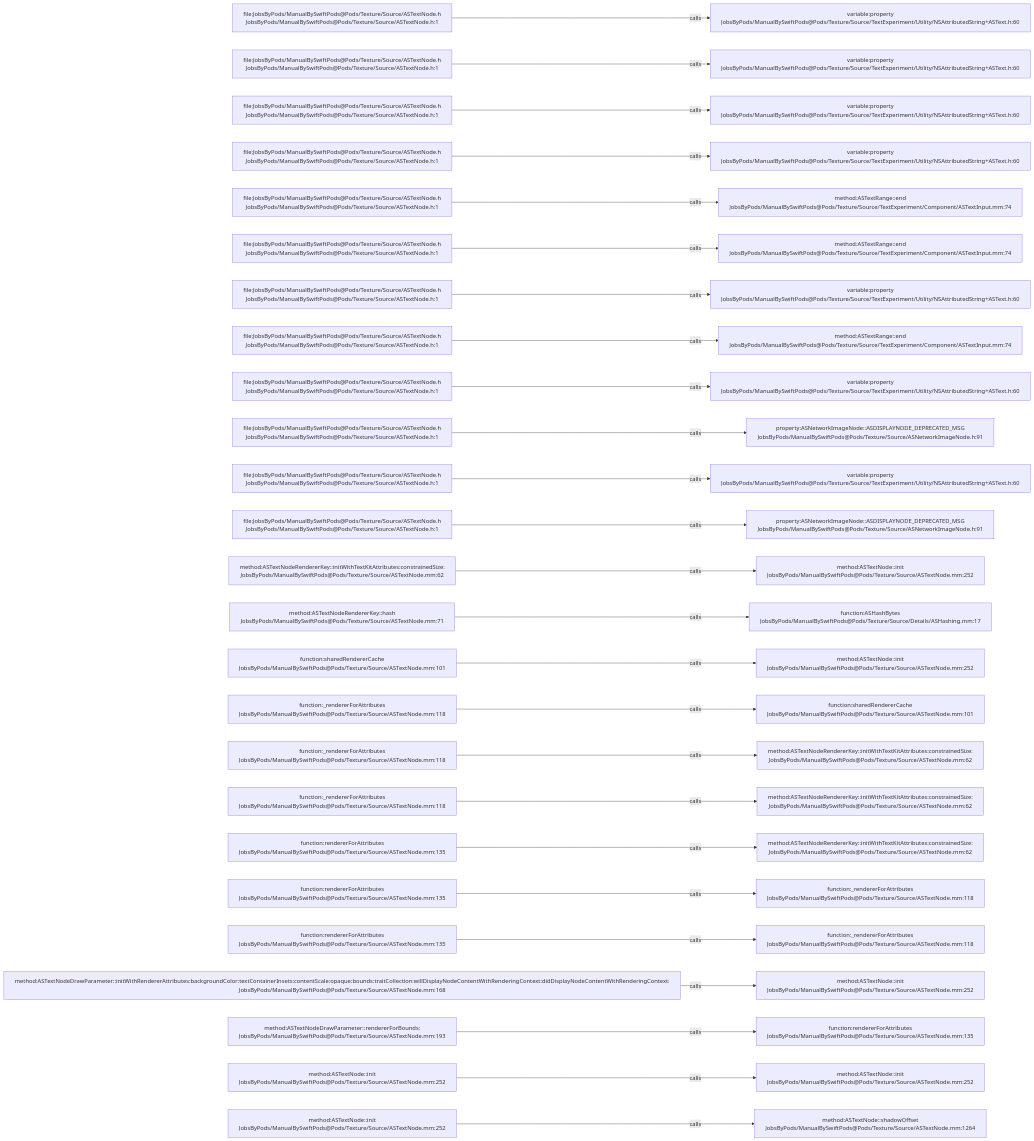
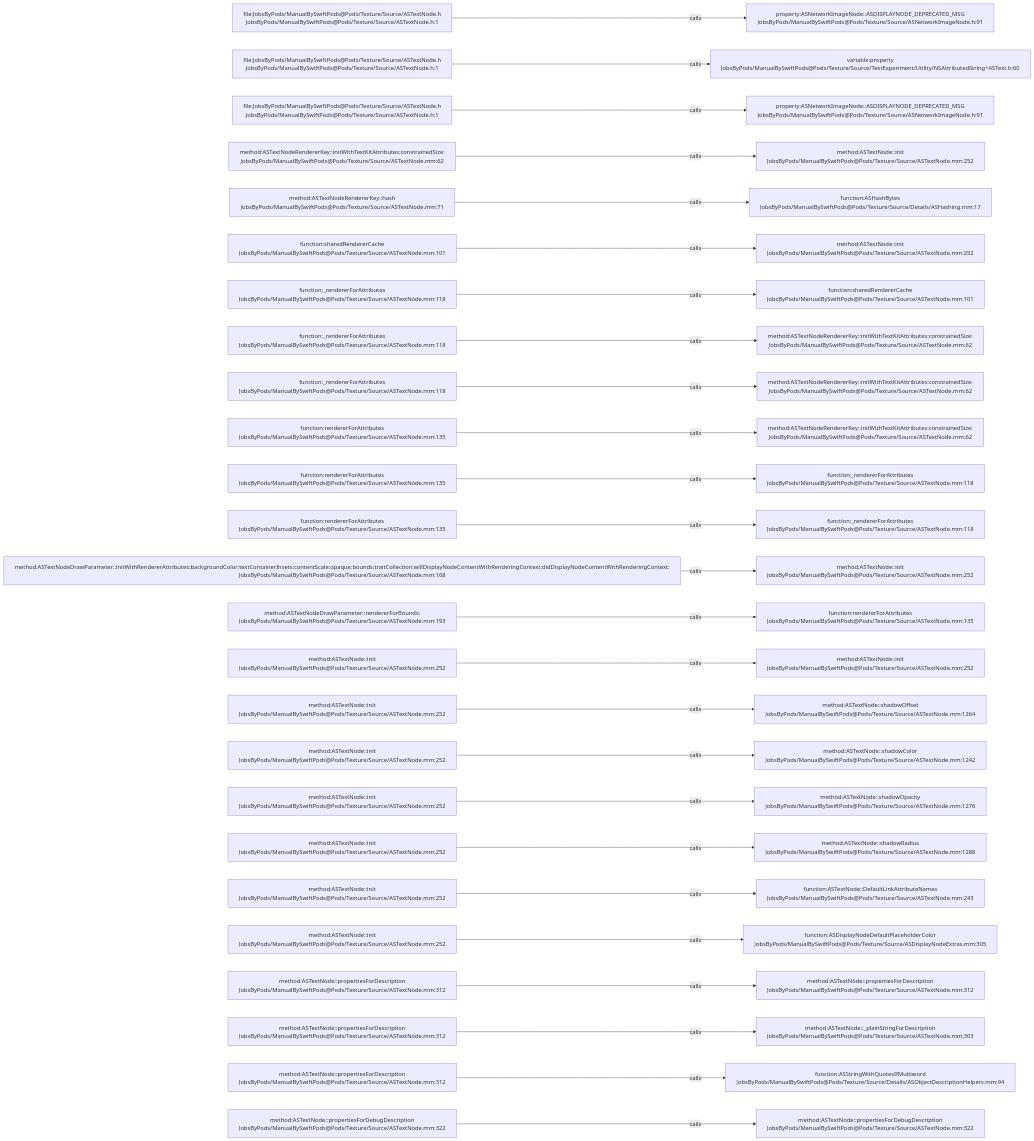
One commit to JobsKits/JobsSwiftBaseConfigDemo changed the diagram in .codegraph/codegraph.md/graphs/calls-065.md. Above: the diagram before and after it, drawn with Mermaid. The commit also changed 707 other files, not shown here.

````diff
--- a/.codegraph/codegraph.md/graphs/calls-065.md
+++ b/.codegraph/codegraph.md/graphs/calls-065.md
@@ -13,78 +13,78 @@
 ```mermaid
 flowchart LR
   S1["file:JobsByPods/ManualBySwiftPods@Pods/Texture/Source/ASTextNode.h<br/>JobsByPods/ManualBySwiftPods@Pods/Texture/Source/ASTextNode.h:1"]
-  T1["variable:property<br/>JobsByPods/ManualBySwiftPods@Pods/Texture/Source/TextExperiment/Utility/NSAttributedString+ASText.h:60"]
+  T1["property:ASNetworkImageNode::ASDISPLAYNODE_DEPRECATED_MSG<br/>JobsByPods/ManualBySwiftPods@Pods/Texture/Source/ASNetworkImageNode.h:91"]
   S1 -->|calls| T1
   S2["file:JobsByPods/ManualBySwiftPods@Pods/Texture/Source/ASTextNode.h<br/>JobsByPods/ManualBySwiftPods@Pods/Texture/Source/ASTextNode.h:1"]
   T2["variable:property<br/>JobsByPods/ManualBySwiftPods@Pods/Texture/Source/TextExperiment/Utility/NSAttributedString+ASText.h:60"]
   S2 -->|calls| T2
   S3["file:JobsByPods/ManualBySwiftPods@Pods/Texture/Source/ASTextNode.h<br/>JobsByPods/ManualBySwiftPods@Pods/Texture/Source/ASTextNode.h:1"]
-  T3["variable:property<br/>JobsByPods/ManualBySwiftPods@Pods/Texture/Source/TextExperiment/Utility/NSAttributedString+ASText.h:60"]
+  T3["property:ASNetworkImageNode::ASDISPLAYNODE_DEPRECATED_MSG<br/>JobsByPods/ManualBySwiftPods@Pods/Texture/Source/ASNetworkImageNode.h:91"]
   S3 -->|calls| T3
-  S4["file:JobsByPods/ManualBySwiftPods@Pods/Texture/Source/ASTextNode.h<br/>JobsByPods/ManualBySwiftPods@Pods/Texture/Source/ASTextNode.h:1"]
-  T4["variable:property<br/>JobsByPods/ManualBySwiftPods@Pods/Texture/Source/TextExperiment/Utility/NSAttributedString+ASText.h:60"]
+  S4["method:ASTextNodeRendererKey::initWithTextKitAttributes:constrainedSize:<br/>JobsByPods/ManualBySwiftPods@Pods/Texture/Source/ASTextNode.mm:62"]
+  T4["method:ASTextNode::init<br/>JobsByPods/ManualBySwiftPods@Pods/Texture/Source/ASTextNode.mm:252"]
   S4 -->|calls| T4
-  S5["file:JobsByPods/ManualBySwiftPods@Pods/Texture/Source/ASTextNode.h<br/>JobsByPods/ManualBySwiftPods@Pods/Texture/Source/ASTextNode.h:1"]
-  T5["method:ASTextRange::end<br/>JobsByPods/ManualBySwiftPods@Pods/Texture/Source/TextExperiment/Component/ASTextInput.mm:74"]
+  S5["method:ASTextNodeRendererKey::hash<br/>JobsByPods/ManualBySwiftPods@Pods/Texture/Source/ASTextNode.mm:71"]
+  T5["function:ASHashBytes<br/>JobsByPods/ManualBySwiftPods@Pods/Texture/Source/Details/ASHashing.mm:17"]
   S5 -->|calls| T5
-  S6["file:JobsByPods/ManualBySwiftPods@Pods/Texture/Source/ASTextNode.h<br/>JobsByPods/ManualBySwiftPods@Pods/Texture/Source/ASTextNode.h:1"]
-  T6["method:ASTextRange::end<br/>JobsByPods/ManualBySwiftPods@Pods/Texture/Source/TextExperiment/Component/ASTextInput.mm:74"]
+  S6["function:sharedRendererCache<br/>JobsByPods/ManualBySwiftPods@Pods/Texture/Source/ASTextNode.mm:101"]
+  T6["method:ASTextNode::init<br/>JobsByPods/ManualBySwiftPods@Pods/Texture/Source/ASTextNode.mm:252"]
   S6 -->|calls| T6
-  S7["file:JobsByPods/ManualBySwiftPods@Pods/Texture/Source/ASTextNode.h<br/>JobsByPods/ManualBySwiftPods@Pods/Texture/Source/ASTextNode.h:1"]
-  T7["variable:property<br/>JobsByPods/ManualBySwiftPods@Pods/Texture/Source/TextExperiment/Utility/NSAttributedString+ASText.h:60"]
+  S7["function:_rendererForAttributes<br/>JobsByPods/ManualBySwiftPods@Pods/Texture/Source/ASTextNode.mm:118"]
+  T7["function:sharedRendererCache<br/>JobsByPods/ManualBySwiftPods@Pods/Texture/Source/ASTextNode.mm:101"]
   S7 -->|calls| T7
-  S8["file:JobsByPods/ManualBySwiftPods@Pods/Texture/Source/ASTextNode.h<br/>JobsByPods/ManualBySwiftPods@Pods/Texture/Source/ASTextNode.h:1"]
-  T8["method:ASTextRange::end<br/>JobsByPods/ManualBySwiftPods@Pods/Texture/Source/TextExperiment/Component/ASTextInput.mm:74"]
+  S8["function:_rendererForAttributes<br/>JobsByPods/ManualBySwiftPods@Pods/Texture/Source/ASTextNode.mm:118"]
+  T8["method:ASTextNodeRendererKey::initWithTextKitAttributes:constrainedSize:<br/>JobsByPods/ManualBySwiftPods@Pods/Texture/Source/ASTextNode.mm:62"]
   S8 -->|calls| T8
-  S9["file:JobsByPods/ManualBySwiftPods@Pods/Texture/Source/ASTextNode.h<br/>JobsByPods/ManualBySwiftPods@Pods/Texture/Source/ASTextNode.h:1"]
-  T9["variable:property<br/>JobsByPods/ManualBySwiftPods@Pods/Texture/Source/TextExperiment/Utility/NSAttributedString+ASText.h:60"]
+  S9["function:_rendererForAttributes<br/>JobsByPods/ManualBySwiftPods@Pods/Texture/Source/ASTextNode.mm:118"]
+  T9["method:ASTextNodeRendererKey::initWithTextKitAttributes:constrainedSize:<br/>JobsByPods/ManualBySwiftPods@Pods/Texture/Source/ASTextNode.mm:62"]
   S9 -->|calls| T9
-  S10["file:JobsByPods/ManualBySwiftPods@Pods/Texture/Source/ASTextNode.h<br/>JobsByPods/ManualBySwiftPods@Pods/Texture/Source/ASTextNode.h:1"]
-  T10["property:ASNetworkImageNode::ASDISPLAYNODE_DEPRECATED_MSG<br/>JobsByPods/ManualBySwiftPods@Pods/Texture/Source/ASNetworkImageNode.h:91"]
+  S10["function:rendererForAttributes<br/>JobsByPods/ManualBySwiftPods@Pods/Texture/Source/ASTextNode.mm:135"]
+  T10["method:ASTextNodeRendererKey::initWithTextKitAttributes:constrainedSize:<br/>JobsByPods/ManualBySwiftPods@Pods/Texture/Source/ASTextNode.mm:62"]
   S10 -->|calls| T10
-  S11["file:JobsByPods/ManualBySwiftPods@Pods/Texture/Source/ASTextNode.h<br/>JobsByPods/ManualBySwiftPods@Pods/Texture/Source/ASTextNode.h:1"]
-  T11["variable:property<br/>JobsByPods/ManualBySwiftPods@Pods/Texture/Source/TextExperiment/Utility/NSAttributedString+ASText.h:60"]
+  S11["function:rendererForAttributes<br/>JobsByPods/ManualBySwiftPods@Pods/Texture/Source/ASTextNode.mm:135"]
+  T11["function:_rendererForAttributes<br/>JobsByPods/ManualBySwiftPods@Pods/Texture/Source/ASTextNode.mm:118"]
   S11 -->|calls| T11
-  S12["file:JobsByPods/ManualBySwiftPods@Pods/Texture/Source/ASTextNode.h<br/>JobsByPods/ManualBySwiftPods@Pods/Texture/Source/ASTextNode.h:1"]
-  T12["property:ASNetworkImageNode::ASDISPLAYNODE_DEPRECATED_MSG<br/>JobsByPods/ManualBySwiftPods@Pods/Texture/Source/ASNetworkImageNode.h:91"]
+  S12["function:rendererForAttributes<br/>JobsByPods/ManualBySwiftPods@Pods/Texture/Source/ASTextNode.mm:135"]
+  T12["function:_rendererForAttributes<br/>JobsByPods/ManualBySwiftPods@Pods/Texture/Source/ASTextNode.mm:118"]
   S12 -->|calls| T12
-  S13["method:ASTextNodeRendererKey::initWithTextKitAttributes:constrainedSize:<br/>JobsByPods/ManualBySwiftPods@Pods/Texture/Source/ASTextNode.mm:62"]
+  S13["method:ASTextNodeDrawParameter::initWithRendererAttributes:backgroundColor:textContainerInsets:contentScale:opaque:bounds:traitCollection:willDisplayNodeContentWithRenderingContext:didDisplayNodeContentWithRenderingContext:<br/>JobsByPods/ManualBySwiftPods@Pods/Texture/Source/ASTextNode.mm:168"]
   T13["method:ASTextNode::init<br/>JobsByPods/ManualBySwiftPods@Pods/Texture/Source/ASTextNode.mm:252"]
   S13 -->|calls| T13
-  S14["method:ASTextNodeRendererKey::hash<br/>JobsByPods/ManualBySwiftPods@Pods/Texture/Source/ASTextNode.mm:71"]
-  T14["function:ASHashBytes<br/>JobsByPods/ManualBySwiftPods@Pods/Texture/Source/Details/ASHashing.mm:17"]
+  S14["method:ASTextNodeDrawParameter::rendererForBounds:<br/>JobsByPods/ManualBySwiftPods@Pods/Texture/Source/ASTextNode.mm:193"]
+  T14["function:rendererForAttributes<br/>JobsByPods/ManualBySwiftPods@Pods/Texture/Source/ASTextNode.mm:135"]
   S14 -->|calls| T14
-  S15["function:sharedRendererCache<br/>JobsByPods/ManualBySwiftPods@Pods/Texture/Source/ASTextNode.mm:101"]
+  S15["method:ASTextNode::init<br/>JobsByPods/ManualBySwiftPods@Pods/Texture/Source/ASTextNode.mm:252"]
   T15["method:ASTextNode::init<br/>JobsByPods/ManualBySwiftPods@Pods/Texture/Source/ASTextNode.mm:252"]
   S15 -->|calls| T15
-  S16["function:_rendererForAttributes<br/>JobsByPods/ManualBySwiftPods@Pods/Texture/Source/ASTextNode.mm:118"]
-  T16["function:sharedRendererCache<br/>JobsByPods/ManualBySwiftPods@Pods/Texture/Source/ASTextNode.mm:101"]
+  S16["method:ASTextNode::init<br/>JobsByPods/ManualBySwiftPods@Pods/Texture/Source/ASTextNode.mm:252"]
+  T16["method:ASTextNode::shadowOffset<br/>JobsByPods/ManualBySwiftPods@Pods/Texture/Source/ASTextNode.mm:1264"]
   S16 -->|calls| T16
-  S17["function:_rendererForAttributes<br/>JobsByPods/ManualBySwiftPods@Pods/Texture/Source/ASTextNode.mm:118"]
-  T17["method:ASTextNodeRendererKey::initWithTextKitAttributes:constrainedSize:<br/>JobsByPods/ManualBySwiftPods@Pods/Texture/Source/ASTextNode.mm:62"]
+  S17["method:ASTextNode::init<br/>JobsByPods/ManualBySwiftPods@Pods/Texture/Source/ASTextNode.mm:252"]
+  T17["method:ASTextNode::shadowColor<br/>JobsByPods/ManualBySwiftPods@Pods/Texture/Source/ASTextNode.mm:1242"]
   S17 -->|calls| T17
-  S18["function:_rendererForAttributes<br/>JobsByPods/ManualBySwiftPods@Pods/Texture/Source/ASTextNode.mm:118"]
-  T18["method:ASTextNodeRendererKey::initWithTextKitAttributes:constrainedSize:<br/>JobsByPods/ManualBySwiftPods@Pods/Texture/Source/ASTextNode.mm:62"]
+  S18["method:ASTextNode::init<br/>JobsByPods/ManualBySwiftPods@Pods/Texture/Source/ASTextNode.mm:252"]
+  T18["method:ASTextNode::shadowOpacity<br/>JobsByPods/ManualBySwiftPods@Pods/Texture/Source/ASTextNode.mm:1276"]
   S18 -->|calls| T18
-  S19["function:rendererForAttributes<br/>JobsByPods/ManualBySwiftPods@Pods/Texture/Source/ASTextNode.mm:135"]
-  T19["method:ASTextNodeRendererKey::initWithTextKitAttributes:constrainedSize:<br/>JobsByPods/ManualBySwiftPods@Pods/Texture/Source/ASTextNode.mm:62"]
+  S19["method:ASTextNode::init<br/>JobsByPods/ManualBySwiftPods@Pods/Texture/Source/ASTextNode.mm:252"]
+  T19["method:ASTextNode::shadowRadius<br/>JobsByPods/ManualBySwiftPods@Pods/Texture/Source/ASTextNode.mm:1288"]
   S19 -->|calls| T19
-  S20["function:rendererForAttributes<br/>JobsByPods/ManualBySwiftPods@Pods/Texture/Source/ASTextNode.mm:135"]
-  T20["function:_rendererForAttributes<br/>JobsByPods/ManualBySwiftPods@Pods/Texture/Source/ASTextNode.mm:118"]
+  S20["method:ASTextNode::init<br/>JobsByPods/ManualBySwiftPods@Pods/Texture/Source/ASTextNode.mm:252"]
+  T20["function:ASTextNode::DefaultLinkAttributeNames<br/>JobsByPods/ManualBySwiftPods@Pods/Texture/Source/ASTextNode.mm:243"]
   S20 -->|calls| T20
-  S21["function:rendererForAttributes<br/>JobsByPods/ManualBySwiftPods@Pods/Texture/Source/ASTextNode.mm:135"]
-  T21["function:_rendererForAttributes<br/>JobsByPods/ManualBySwiftPods@Pods/Texture/Source/ASTextNode.mm:118"]
+  S21["method:ASTextNode::init<br/>JobsByPods/ManualBySwiftPods@Pods/Texture/Source/ASTextNode.mm:252"]
+  T21["function:ASDisplayNodeDefaultPlaceholderColor<br/>JobsByPods/ManualBySwiftPods@Pods/Texture/Source/ASDisplayNodeExtras.mm:305"]
   S21 -->|calls| T21
-  S22["method:ASTextNodeDrawParameter::initWithRendererAttributes:backgroundColor:textContainerInsets:contentScale:opaque:bounds:traitCollection:willDisplayNodeContentWithRenderingContext:didDisplayNodeContentWithRenderingContext:<br/>JobsByPods/ManualBySwiftPods@Pods/Texture/Source/ASTextNode.mm:168"]
-  T22["method:ASTextNode::init<br/>JobsByPods/ManualBySwiftPods@Pods/Texture/Source/ASTextNode.mm:252"]
+  S22["method:ASTextNode::propertiesForDescription<br/>JobsByPods/ManualBySwiftPods@Pods/Texture/Source/ASTextNode.mm:312"]
+  T22["method:ASTextNode::propertiesForDescription<br/>JobsByPods/ManualBySwiftPods@Pods/Texture/Source/ASTextNode.mm:312"]
   S22 -->|calls| T22
-  S23["method:ASTextNodeDrawParameter::rendererForBounds:<br/>JobsByPods/ManualBySwiftPods@Pods/Texture/Source/ASTextNode.mm:193"]
-  T23["function:rendererForAttributes<br/>JobsByPods/ManualBySwiftPods@Pods/Texture/Source/ASTextNode.mm:135"]
+  S23["method:ASTextNode::propertiesForDescription<br/>JobsByPods/ManualBySwiftPods@Pods/Texture/Source/ASTextNode.mm:312"]
+  T23["method:ASTextNode::_plainStringForDescription<br/>JobsByPods/ManualBySwiftPods@Pods/Texture/Source/ASTextNode.mm:303"]
   S23 -->|calls| T23
-  S24["method:ASTextNode::init<br/>JobsByPods/ManualBySwiftPods@Pods/Texture/Source/ASTextNode.mm:252"]
-  T24["method:ASTextNode::init<br/>JobsByPods/ManualBySwiftPods@Pods/Texture/Source/ASTextNode.mm:252"]
+  S24["method:ASTextNode::propertiesForDescription<br/>JobsByPods/ManualBySwiftPods@Pods/Texture/Source/ASTextNode.mm:312"]
+  T24["function:ASStringWithQuotesIfMultiword<br/>JobsByPods/ManualBySwiftPods@Pods/Texture/Source/Details/ASObjectDescriptionHelpers.mm:94"]
   S24 -->|calls| T24
-  S25["method:ASTextNode::init<br/>JobsByPods/ManualBySwiftPods@Pods/Texture/Source/ASTextNode.mm:252"]
-  T25["method:ASTextNode::shadowOffset<br/>JobsByPods/ManualBySwiftPods@Pods/Texture/Source/ASTextNode.mm:1264"]
+  S25["method:ASTextNode::propertiesForDebugDescription<br/>JobsByPods/ManualBySwiftPods@Pods/Texture/Source/ASTextNode.mm:322"]
+  T25["method:ASTextNode::propertiesForDebugDescription<br/>JobsByPods/ManualBySwiftPods@Pods/Texture/Source/ASTextNode.mm:322"]
   S25 -->|calls| T25
 ```
````
